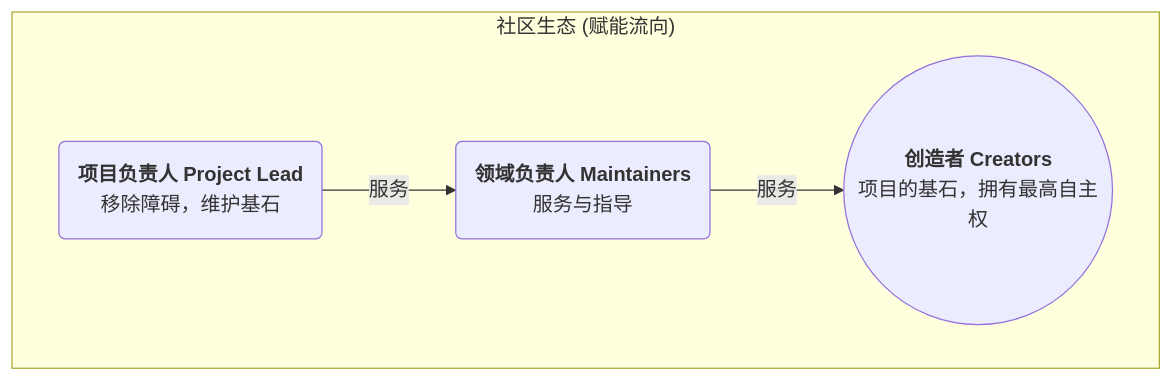
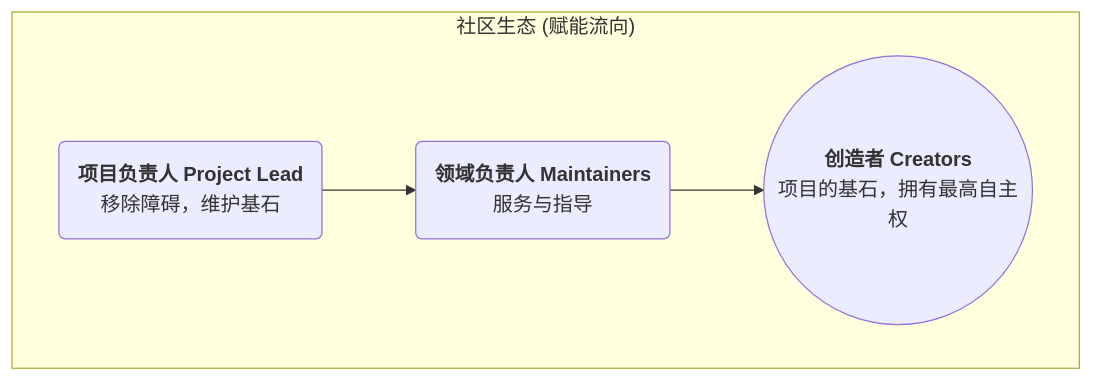
Before and after one commit to rainbow-loong/OneMind: the diagram in doc/open-source-governance/GOVERNANCE_CHARTER.md, drawn with Mermaid.

````diff
--- a/doc/open-source-governance/GOVERNANCE_CHARTER.md
+++ b/doc/open-source-governance/GOVERNANCE_CHARTER.md
@@ -36,12 +36,7 @@
     ```mermaid
     graph TD
         subgraph "社区生态 (赋能流向)"
-            P("<b>项目负责人 Project Lead</b><br>移除障碍，维护基石")
-            M("<b>领域负责人 Maintainers</b><br>服务与指导")
-            C((<b>创造者 Creators</b><br>项目的基石，拥有最高自主权))
-
+            P("<b>项目负责人 Project Lead</b><br>移除障碍，维护基石") --> M("<b>领域负责人 Maintainers</b><br>服务与指导")
+            M --> C((<b>创造者 Creators</b><br>项目的基石，拥有最高自主权))
         end
-
-        P -- 服务 --> M
-        M -- 服务 --> C
     ```
````
